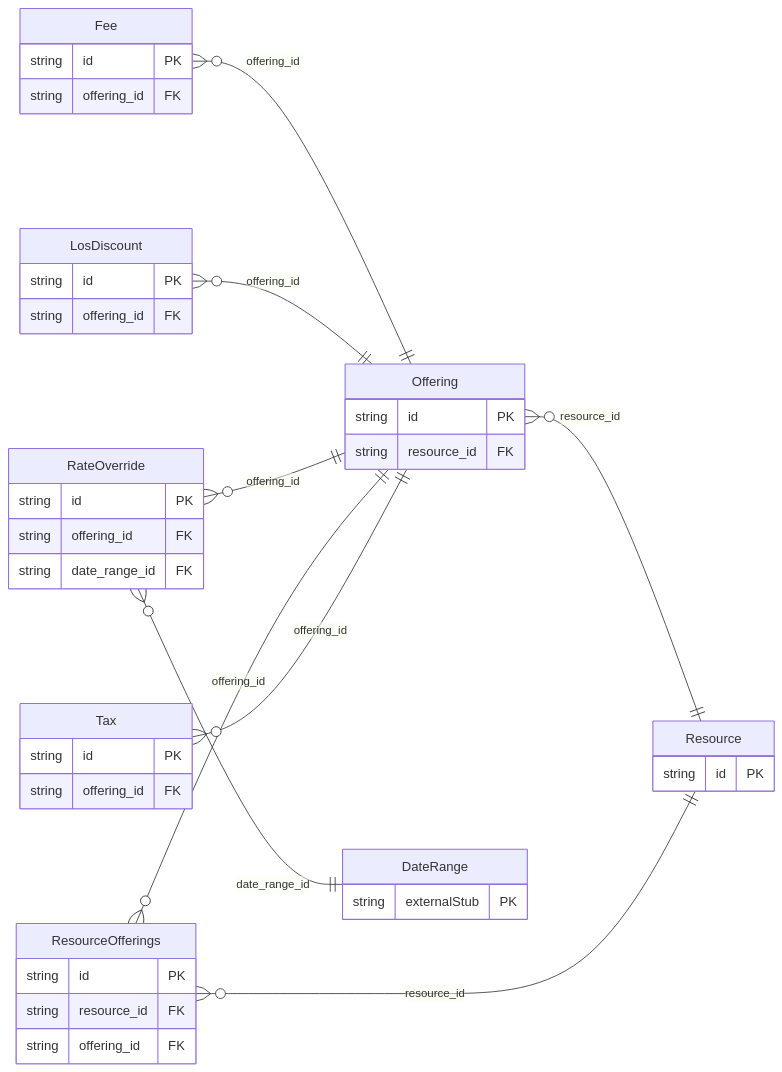
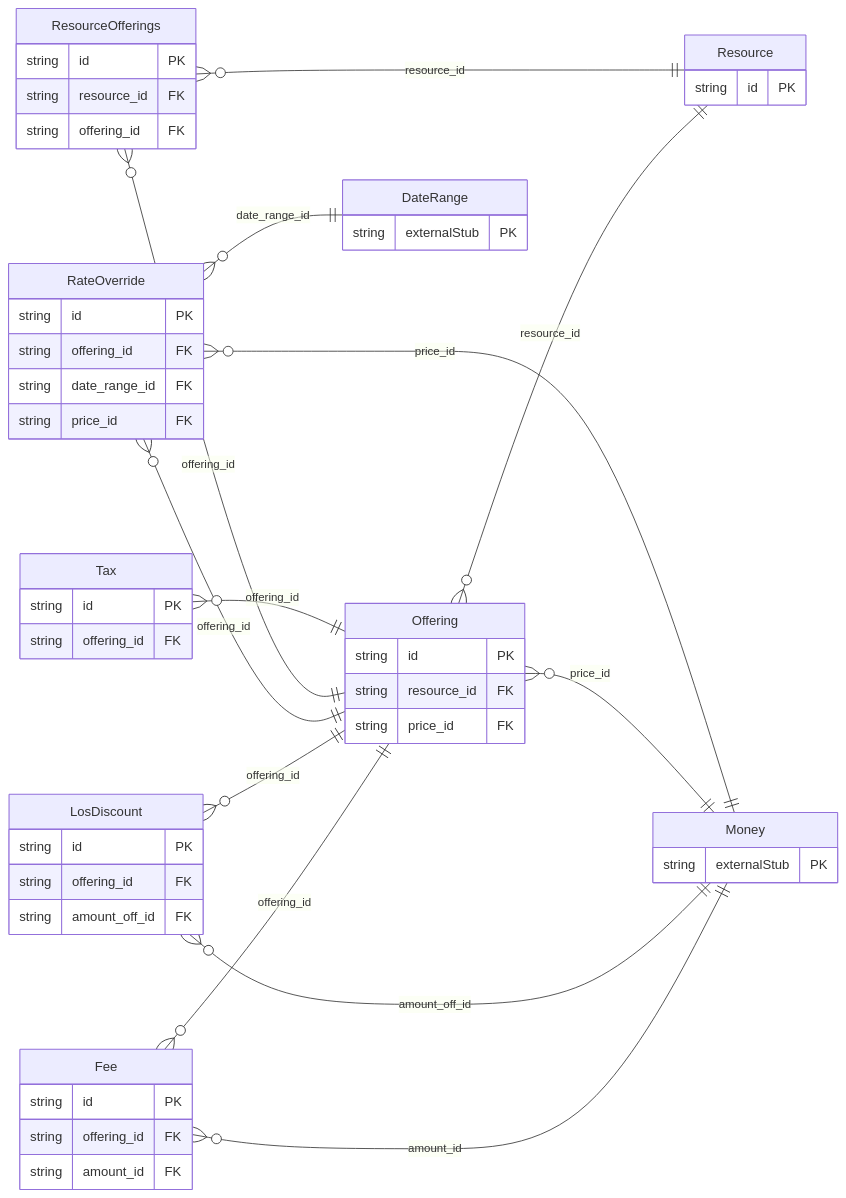
Before and after one commit to oh-tarnished/freebusy: the diagram in protobuf/generated/prisma/freebusy/resource/README.md, drawn with Mermaid. The commit also changed 29 other files, not shown here.

````diff
--- a/protobuf/generated/prisma/freebusy/resource/README.md
+++ b/protobuf/generated/prisma/freebusy/resource/README.md
@@ -13,44 +13,55 @@
 ```mermaid
 erDiagram
     direction LR
     Fee {
         string id PK
         string offering_id FK
+        string amount_id FK
     }
     LosDiscount {
         string id PK
         string offering_id FK
+        string amount_off_id FK
     }
     Offering {
         string id PK
         string resource_id FK
+        string price_id FK
     }
     RateOverride {
         string id PK
         string offering_id FK
         string date_range_id FK
+        string price_id FK
     }
     Resource {
         string id PK
     }
     ResourceOfferings {
         string id PK
         string resource_id FK
         string offering_id FK
     }
     Tax {
         string id PK
         string offering_id FK
     }
     DateRange {
         string externalStub PK
     }
+    Money {
+        string externalStub PK
+    }
     Fee }o--|| Offering : "offering_id"
+    Fee }o--|| Money : "amount_id"
     LosDiscount }o--|| Offering : "offering_id"
+    LosDiscount }o--|| Money : "amount_off_id"
     Offering }o--|| Resource : "resource_id"
+    Offering }o--|| Money : "price_id"
     RateOverride }o--|| Offering : "offering_id"
     RateOverride }o--|| DateRange : "date_range_id"
+    RateOverride }o--|| Money : "price_id"
     ResourceOfferings }o--|| Resource : "resource_id"
     ResourceOfferings }o--|| Offering : "offering_id"
     Tax }o--|| Offering : "offering_id"
 ```
````
